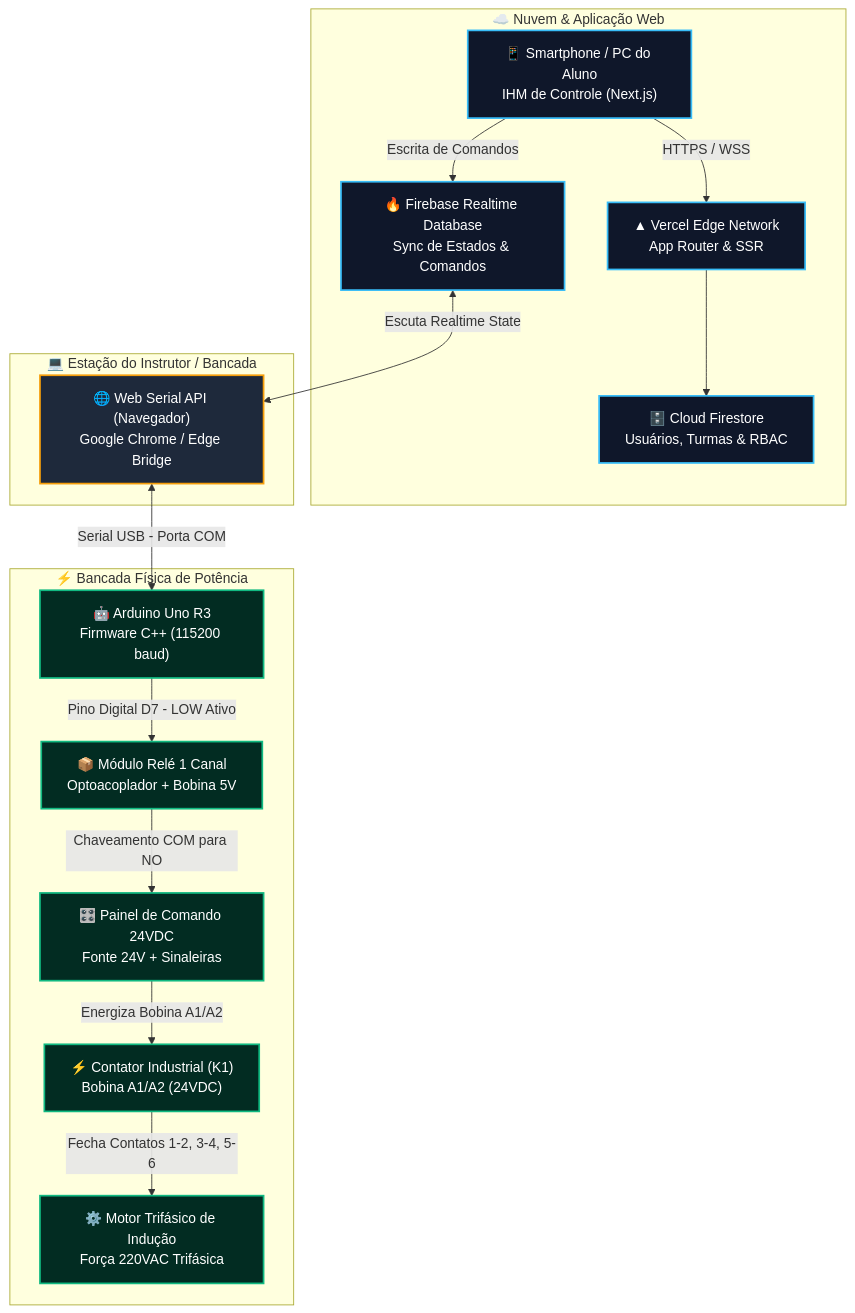
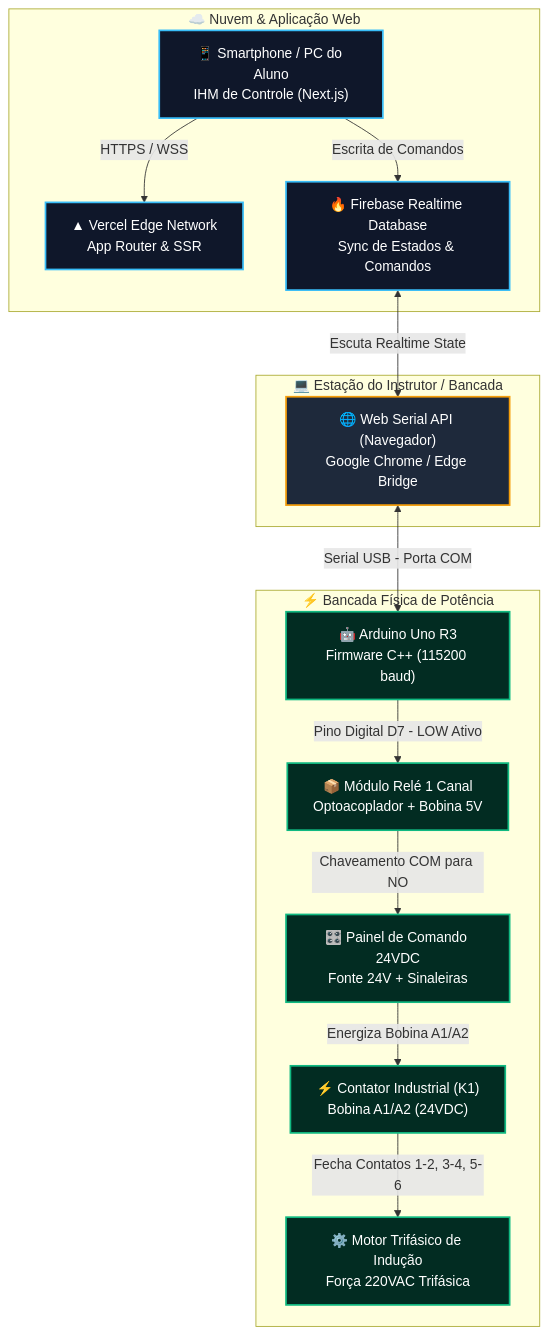
The first of 3 diagrams in README.md (gabrielpiske/motor-link), drawn with Mermaid before and after one commit. The commit also changed other lines of this file and 22 other files, not shown here.

````diff
--- a/README.md
+++ b/README.md
@@ -62,39 +62,37 @@
 ```mermaid
 flowchart TD
     subgraph Nuvem ["☁️ Nuvem & Aplicação Web"]
         Aluno["📱 Smartphone / PC do Aluno<br/>IHM de Controle (Next.js)"]
         Vercel["▲ Vercel Edge Network<br/>App Router & SSR"]
         Firebase["🔥 Firebase Realtime Database<br/>Sync de Estados & Comandos"]
-        Firestore["🗄️ Cloud Firestore<br/>Usuários, Turmas & RBAC"]
     end
 
     subgraph Edge ["💻 Estação do Instrutor / Bancada"]
         WebSerial["🌐 Web Serial API (Navegador)<br/>Google Chrome / Edge Bridge"]
     end
 
     subgraph Hardware ["⚡ Bancada Física de Potência"]
         Arduino["🤖 Arduino Uno R3<br/>Firmware C++ (115200 baud)"]
         Rele["📦 Módulo Relé 1 Canal<br/>Optoacoplador + Bobina 5V"]
         Comando24V["🎛️ Painel de Comando 24VDC<br/>Fonte 24V + Sinaleiras"]
         Contator["⚡ Contator Industrial (K1)<br/>Bobina A1/A2 (24VDC)"]
         Motor["⚙️ Motor Trifásico de Indução<br/>Força 220VAC Trifásica"]
     end
 
     Aluno -->|"HTTPS / WSS"| Vercel
     Aluno -->|"Escrita de Comandos"| Firebase
-    Vercel --> Firestore
     Firebase <-->|"Escuta Realtime State"| WebSerial
     WebSerial <-->|"Serial USB - Porta COM"| Arduino
     Arduino -->|"Pino Digital D7 - LOW Ativo"| Rele
     Rele -->|"Chaveamento COM para NO"| Comando24V
     Comando24V -->|"Energiza Bobina A1/A2"| Contator
     Contator -->|"Fecha Contatos 1-2, 3-4, 5-6"| Motor
 
     classDef cloud fill:#0f172a,stroke:#38bdf8,stroke-width:2px,color:#fff;
     classDef edge fill:#1e293b,stroke:#f59e0b,stroke-width:2px,color:#fff;
     classDef hw fill:#022c22,stroke:#10b981,stroke-width:2px,color:#fff;
 
     class Aluno,Vercel,Firebase,Firestore cloud;
     class WebSerial edge;
     class Arduino,Rele,Comando24V,Contator,Motor hw;
 ```
````
